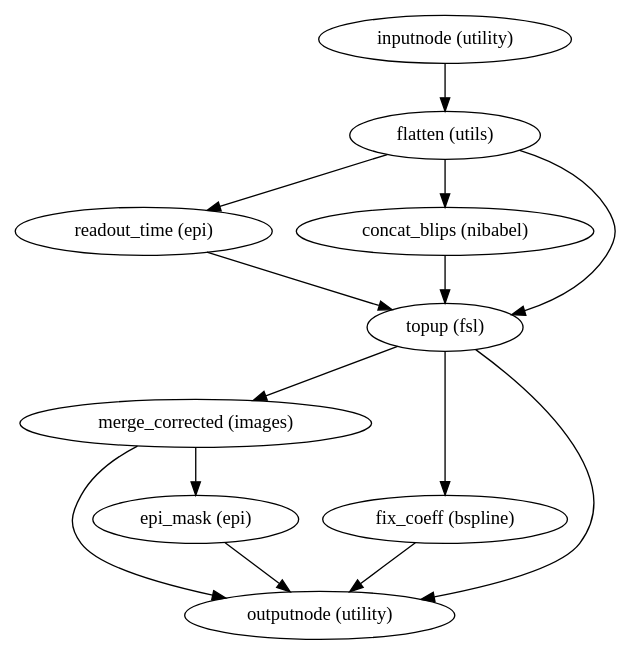
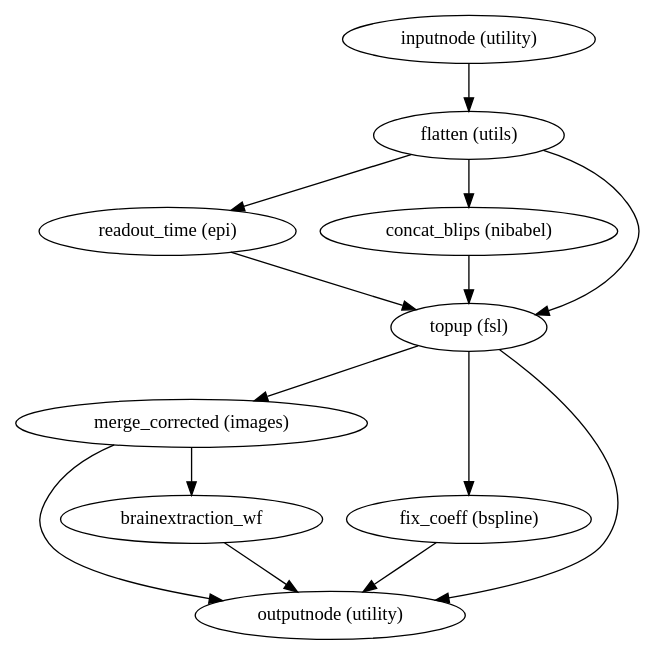
One commit to wayne009007/sdcflows changed the diagram in master/wf_directive/api/pepolar_estimate_wf/sdcflows-workflows-fit-pepolar-2.dot. Above: the diagram before and after it, drawn with Graphviz. The commit also changed 3168 other files, not shown here.

```diff
--- a/master/wf_directive/api/pepolar_estimate_wf/sdcflows-workflows-fit-pepolar-2.dot
+++ b/master/wf_directive/api/pepolar_estimate_wf/sdcflows-workflows-fit-pepolar-2.dot
@@ -1,24 +1,24 @@
 strict digraph  {
 "inputnode (utility)";
 "flatten (utils)";
 "readout_time (epi)";
 "concat_blips (nibabel)";
 "topup (fsl)";
 "merge_corrected (images)";
 "fix_coeff (bspline)";
 "outputnode (utility)";
-"epi_mask (epi)";
+brainextraction_wf;
 "inputnode (utility)" -> "flatten (utils)";
 "flatten (utils)" -> "readout_time (epi)";
 "flatten (utils)" -> "concat_blips (nibabel)";
 "flatten (utils)" -> "topup (fsl)";
 "readout_time (epi)" -> "topup (fsl)";
 "concat_blips (nibabel)" -> "topup (fsl)";
 "topup (fsl)" -> "merge_corrected (images)";
 "topup (fsl)" -> "fix_coeff (bspline)";
 "topup (fsl)" -> "outputnode (utility)";
-"merge_corrected (images)" -> "epi_mask (epi)";
+"merge_corrected (images)" -> brainextraction_wf;
 "merge_corrected (images)" -> "outputnode (utility)";
 "fix_coeff (bspline)" -> "outputnode (utility)";
-"epi_mask (epi)" -> "outputnode (utility)";
+brainextraction_wf -> "outputnode (utility)";
 }
```
